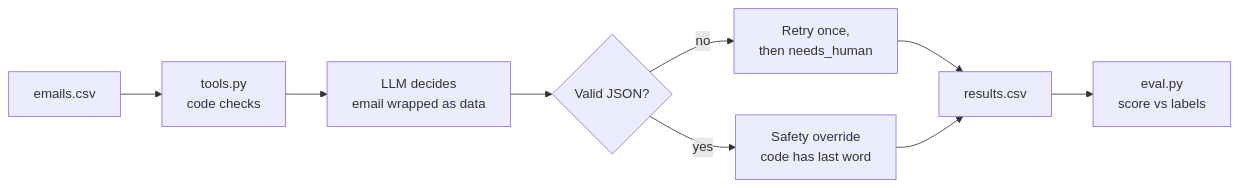
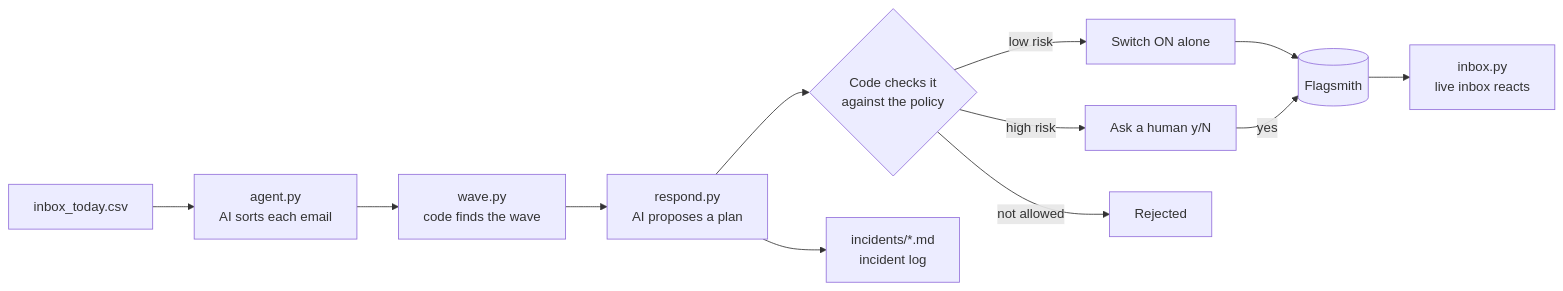
One commit to btokne-auth/phishdhawan-phd1 changed the diagram in README.md. Above: the diagram before and after it, drawn with Mermaid. The commit also changed other lines of this file, not shown here.

````diff
--- a/README.md
+++ b/README.md
@@ -13,11 +16,14 @@
 ```mermaid
 flowchart LR
-    A[emails.csv] --> B[tools.py<br/>code checks]
-    B --> C[LLM decides<br/>email wrapped as data]
-    C --> D{Valid JSON?}
-    D -- no --> E[Retry once,<br/>then needs_human]
-    D -- yes --> F[Safety override<br/>code has last word]
-    E --> G[results.csv]
-    F --> G
-    G --> H[eval.py<br/>score vs labels]
+    A[inbox_today.csv] --> B[agent.py<br/>AI sorts each email]
+    B --> C[wave.py<br/>code finds the wave]
+    C --> D[respond.py<br/>AI proposes a plan]
+    D --> E{Code checks it<br/>against the policy}
+    E -- low risk --> F[Switch ON alone]
+    E -- high risk --> G[Ask a human y/N]
+    E -- not allowed --> H[Rejected]
+    F --> I[(Flagsmith)]
+    G -- yes --> I
+    I --> J[inbox.py<br/>live inbox reacts]
+    D --> K[incidents/*.md<br/>incident log]
 ```
````
